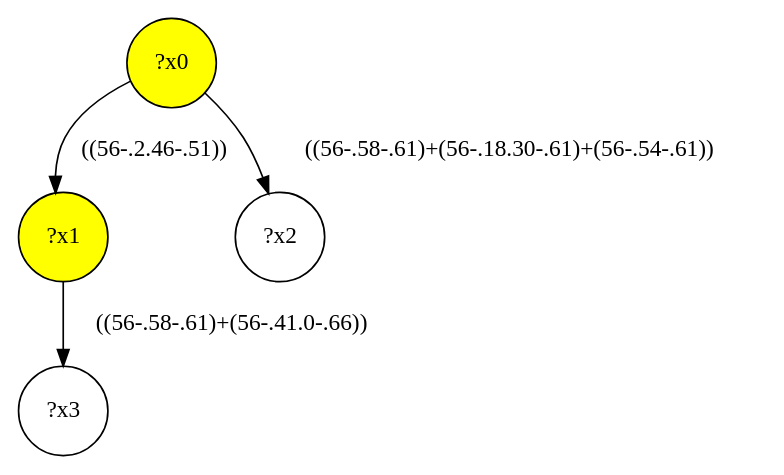
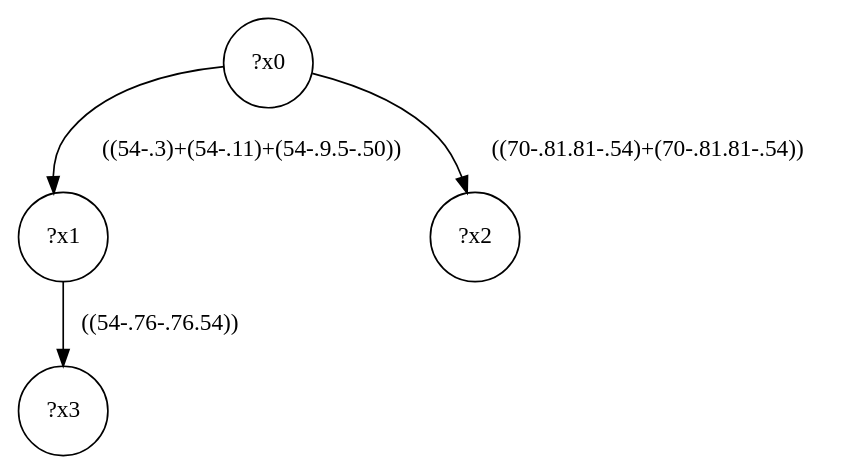
One commit to gbagan/gmark changed the diagram in demo/shop/shop-interface/query-32.dot. Above: the diagram before and after it, drawn with Graphviz. The commit also changed 2835 other files, not shown here.

```diff
--- a/demo/shop/shop-interface/query-32.dot
+++ b/demo/shop/shop-interface/query-32.dot
@@ -1,9 +1,9 @@
 digraph g {
-	x0 [fillcolor="yellow", style="filled," shape=circle, label="?x0"];
-	x1 [fillcolor="yellow", style="filled," shape=circle, label="?x1"];
-	x0 -> x1 [label="((56-.2.46-.51))"];
+	x0 [shape=circle, label="?x0"];
+	x1 [shape=circle, label="?x1"];
+	x0 -> x1 [label="((54-.3)+(54-.11)+(54-.9.5-.50))"];
 	x2 [shape=circle, label="?x2"];
-	x0 -> x2 [label="((56-.58-.61)+(56-.18.30-.61)+(56-.54-.61))"];
+	x0 -> x2 [label="((70-.81.81-.54)+(70-.81.81-.54))"];
 	x3 [shape=circle, label="?x3"];
-	x1 -> x3 [label="((56-.58-.61)+(56-.41.0-.66))"];
+	x1 -> x3 [label="((54-.76-.76.54))"];
 }
```
